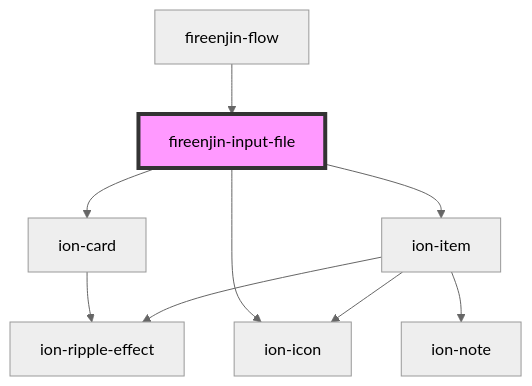
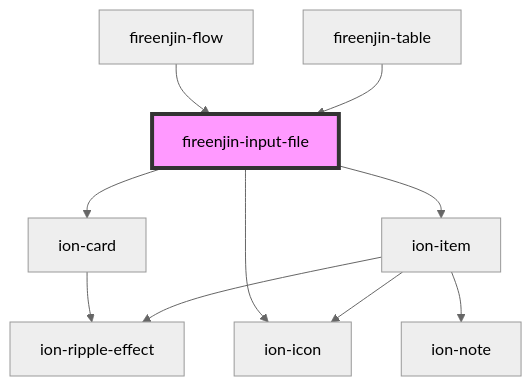
Before and after one commit to FireEnjin/Components: the diagram in src/components/input-file/readme.md, drawn with Mermaid (neutral theme). The commit also changed other lines of this file and 15 other files, not shown here.

````diff
--- a/src/components/input-file/readme.md
+++ b/src/components/input-file/readme.md
@@ -59,12 +60,13 @@
 ```mermaid
 graph TD;
   fireenjin-input-file --> ion-card
   fireenjin-input-file --> ion-item
   fireenjin-input-file --> ion-icon
   ion-card --> ion-ripple-effect
   ion-item --> ion-icon
   ion-item --> ion-ripple-effect
   ion-item --> ion-note
   fireenjin-flow --> fireenjin-input-file
+  fireenjin-table --> fireenjin-input-file
   style fireenjin-input-file fill:#f9f,stroke:#333,stroke-width:4px
 ```
````
